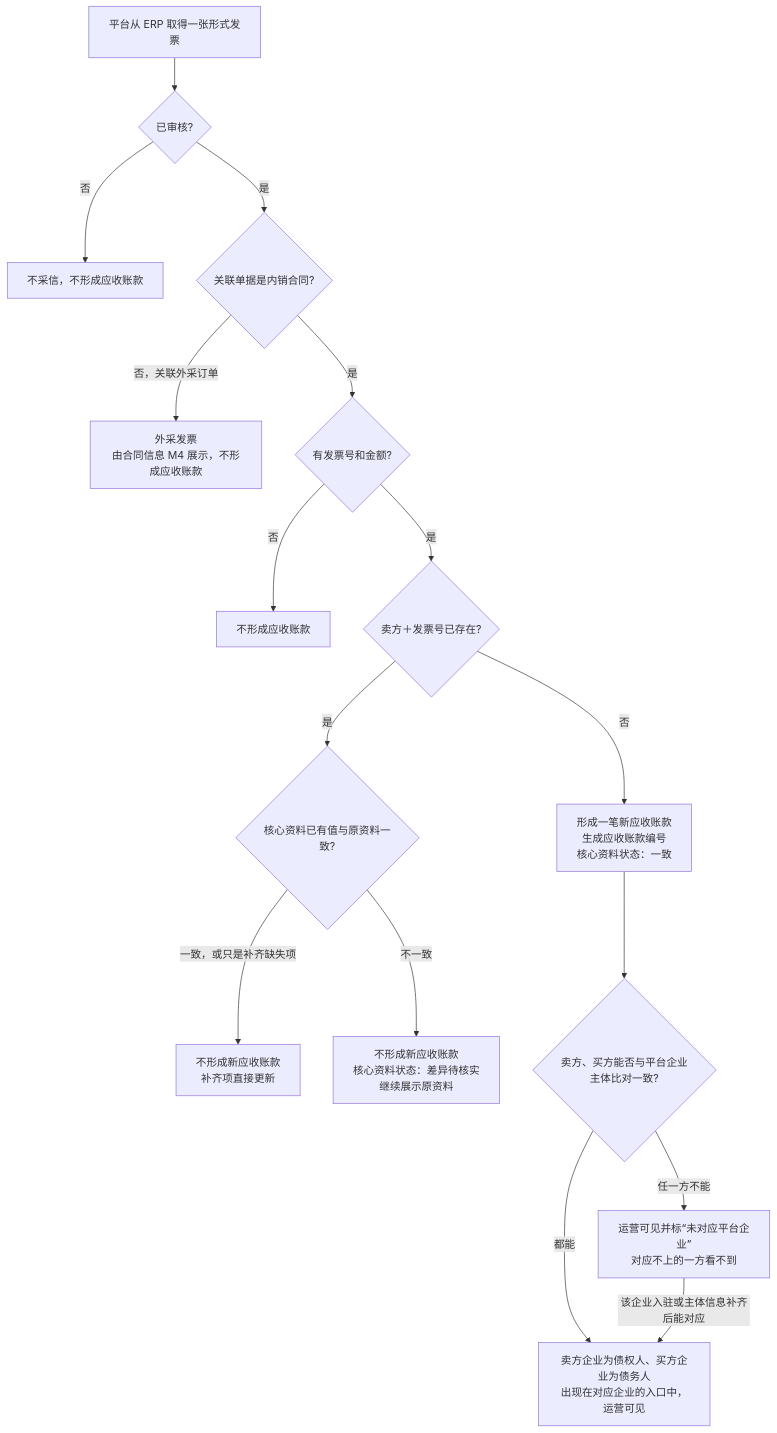
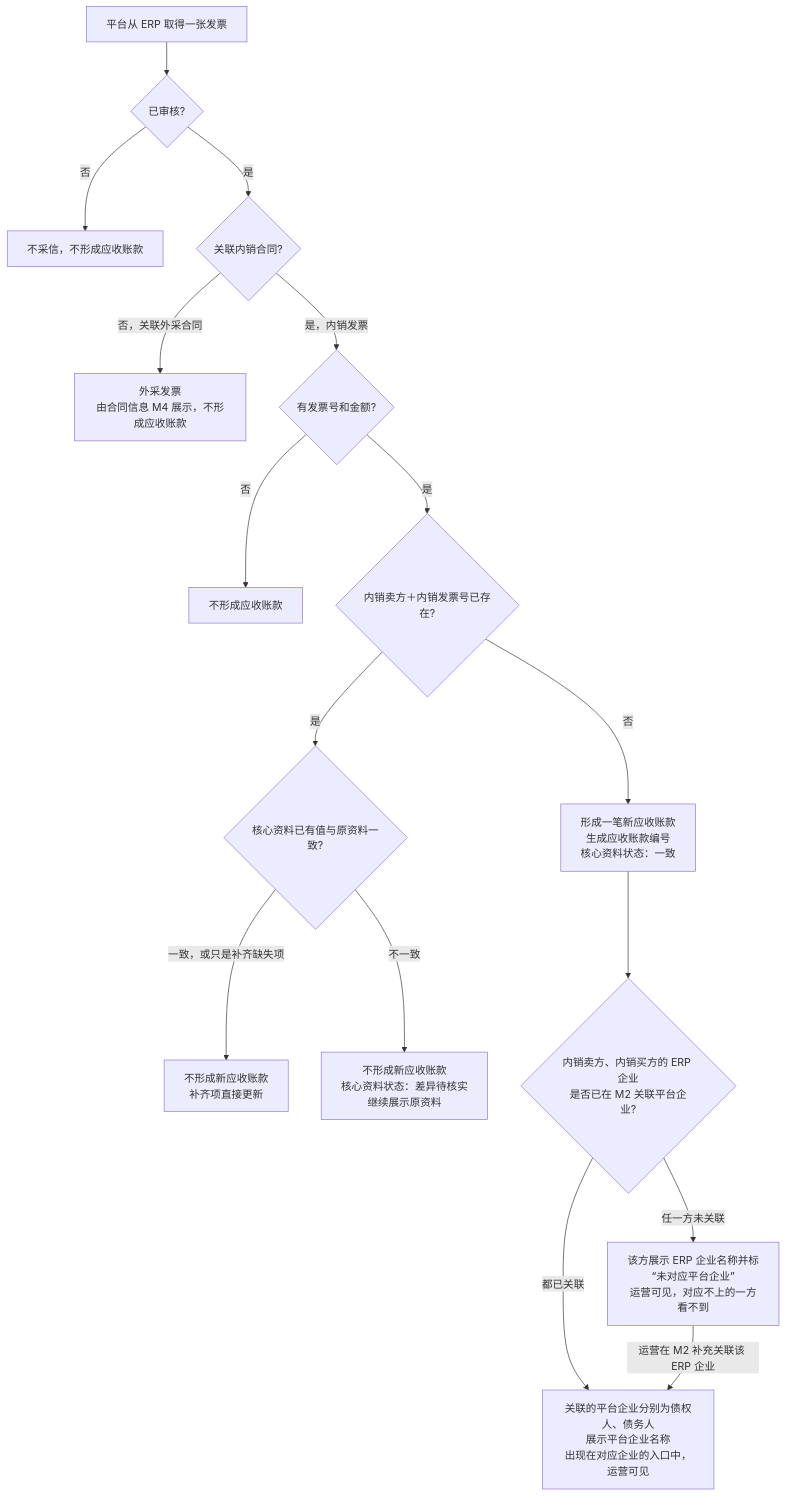
One commit to wxblockchain/Chain-Financing changed the first of 6 diagrams in asset-trust-platform/PRD/两端共用/M3-应收账款与发票/02-应收账款与发票-流程图与状态机.md. Above: the diagram before and after it, drawn with Mermaid. The commit also changed other lines of this file and 3 other files, not shown here.

````diff
--- a/asset-trust-platform/PRD/两端共用/M3-应收账款与发票/02-应收账款与发票-流程图与状态机.md
+++ b/asset-trust-platform/PRD/两端共用/M3-应收账款与发票/02-应收账款与发票-流程图与状态机.md
@@ -19,18 +19,18 @@
 ```mermaid
 flowchart TD
-    A[平台从 ERP 取得一张形式发票] --> A1{已审核?}
+    A[平台从 ERP 取得一张发票] --> A1{已审核?}
     A1 -->|否| A2[不采信，不形成应收账款]
-    A1 -->|是| B{关联单据是内销合同?}
-    B -->|否，关联外采订单| B1[外采发票<br/>由合同信息 M4 展示，不形成应收账款]
-    B -->|是| B2{有发票号和金额?}
+    A1 -->|是| B{关联内销合同?}
+    B -->|否，关联外采合同| B1[外采发票<br/>由合同信息 M4 展示，不形成应收账款]
+    B -->|是，内销发票| B2{有发票号和金额?}
     B2 -->|否| B3[不形成应收账款]
-    B2 -->|是| C{卖方＋发票号已存在?}
+    B2 -->|是| C{内销卖方＋内销发票号已存在?}
     C -->|否| D[形成一笔新应收账款<br/>生成应收账款编号<br/>核心资料状态：一致]
     C -->|是| F{核心资料已有值与原资料一致?}
     F -->|一致，或只是补齐缺失项| G[不形成新应收账款<br/>补齐项直接更新]
     F -->|不一致| E[不形成新应收账款<br/>核心资料状态：差异待核实<br/>继续展示原资料]
-    D --> H{卖方、买方能否与平台企业主体比对一致?}
-    H -->|都能| I[卖方企业为债权人、买方企业为债务人<br/>出现在对应企业的入口中，运营可见]
-    H -->|任一方不能| J[运营可见并标“未对应平台企业”<br/>对应不上的一方看不到]
-    J -->|该企业入驻或主体信息补齐后能对应| I
+    D --> H{内销卖方、内销买方的 ERP 企业<br/>是否已在 M2 关联平台企业?}
+    H -->|都已关联| I[关联的平台企业分别为债权人、债务人<br/>展示平台企业名称<br/>出现在对应企业的入口中，运营可见]
+    H -->|任一方未关联| J[该方展示 ERP 企业名称并标“未对应平台企业”<br/>运营可见，对应不上的一方看不到]
+    J -->|运营在 M2 补充关联该 ERP 企业| I
 ```
````
